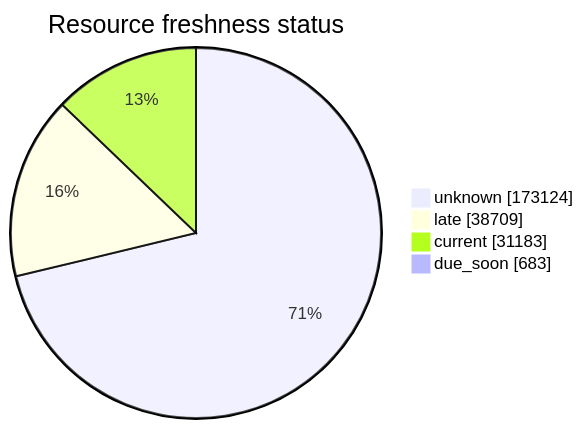
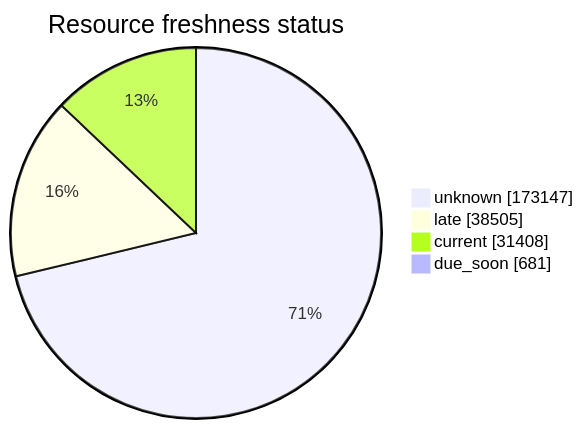
Before and after one commit to open-data/analytics-corporate-reporting: the third of 5 diagrams in FreshCheck/README.md, drawn with Mermaid. The commit also changed other lines of this file and 3 other files, not shown here.

````diff
--- a/FreshCheck/README.md
+++ b/FreshCheck/README.md
@@ -77,7 +77,7 @@
 ```mermaid
 pie showData title Resource freshness status
-    "unknown": 173124
-    "late": 38709
-    "current": 31183
-    "due_soon": 683
+    "unknown": 173147
+    "late": 38505
+    "current": 31408
+    "due_soon": 681
 ```
````
